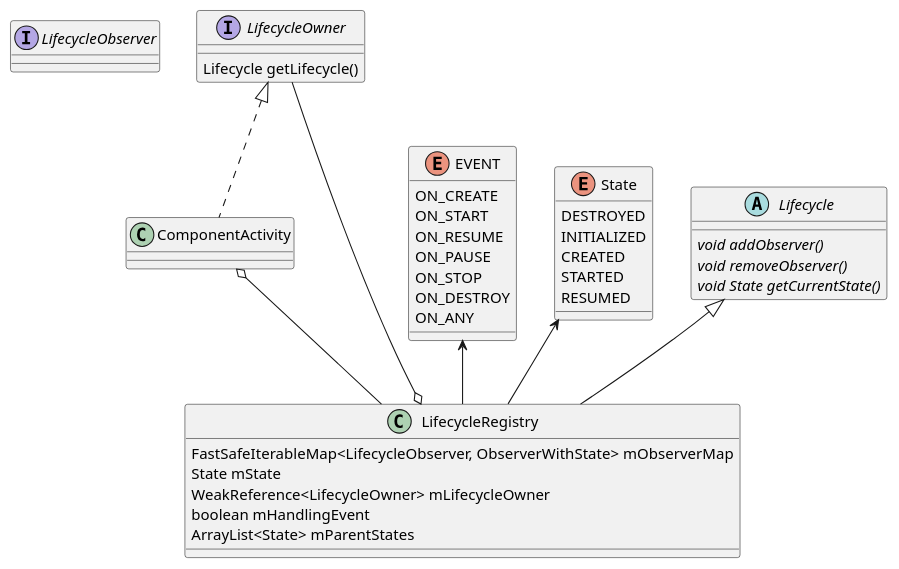
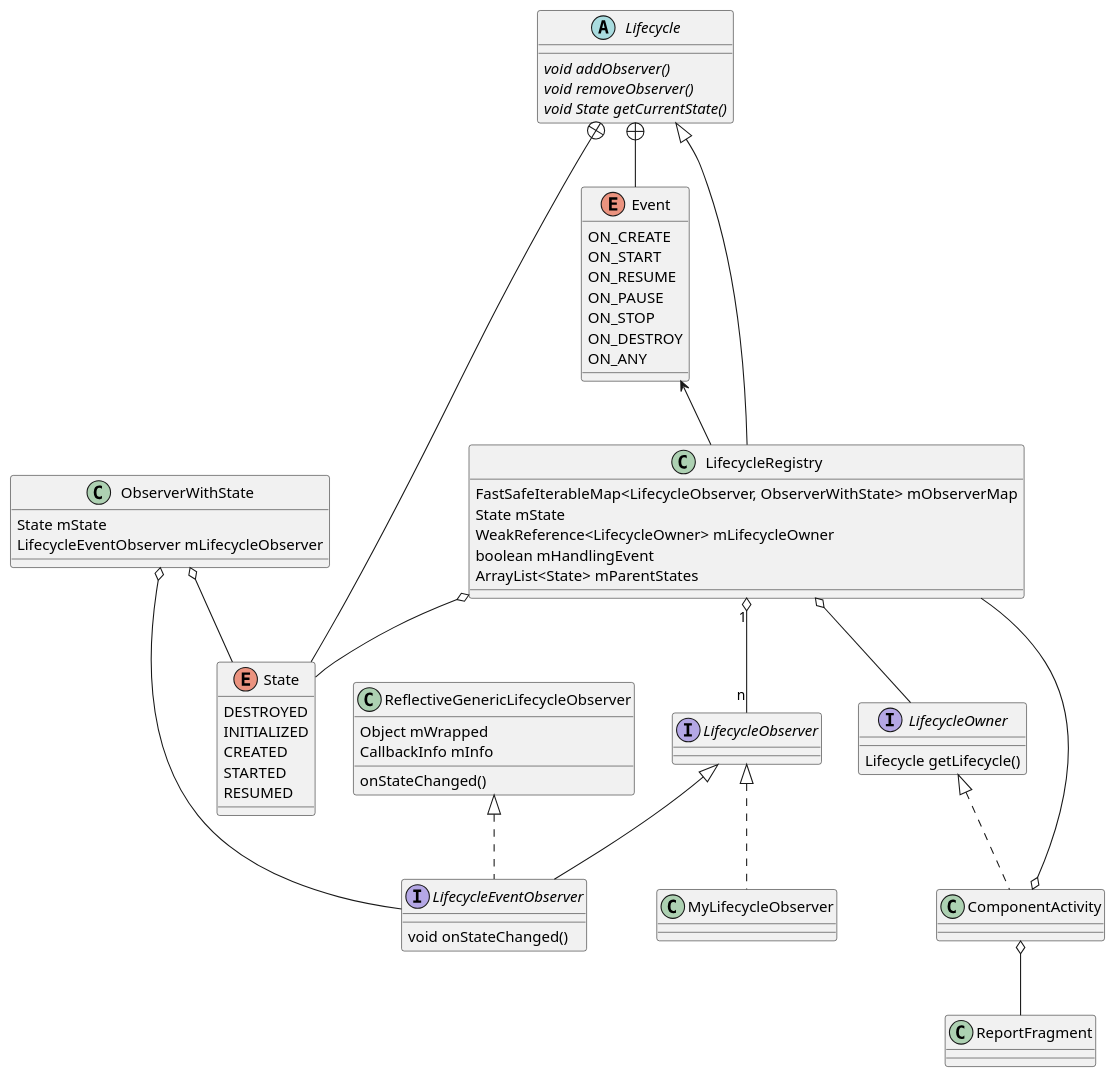
One commit to PJH0x0/aosp-analyze changed the diagram in androidx/lifecycle/jetpack-lifecycle-class.puml. Above: the diagram before and after it, drawn with PlantUML. The commit also changed 8 other files, not shown here.

```diff
--- a/androidx/lifecycle/jetpack-lifecycle-class.puml
+++ b/androidx/lifecycle/jetpack-lifecycle-class.puml
@@ -1,46 +1,69 @@
 @startuml
 interface LifecycleObserver
 interface LifecycleOwner {
     Lifecycle getLifecycle()
 }
-enum EVENT {
+interface LifecycleEventObserver {
+    void onStateChanged()
+}
+enum Event {
     ON_CREATE
     ON_START
     ON_RESUME
     ON_PAUSE
     ON_STOP
     ON_DESTROY
     ON_ANY
 }
 enum State {
     DESTROYED
     INITIALIZED
     CREATED
     STARTED
     RESUMED
 }
 abstract class Lifecycle {
     {abstract} void addObserver()
     {abstract} void removeObserver()
     {abstract} void State getCurrentState()
 }
 class LifecycleRegistry {
     FastSafeIterableMap<LifecycleObserver, ObserverWithState> mObserverMap
     State mState
     WeakReference<LifecycleOwner> mLifecycleOwner
     boolean mHandlingEvent
     ArrayList<State> mParentStates
 }
+class ObserverWithState {
+    State mState
+    LifecycleEventObserver mLifecycleObserver
+}
+class ReflectiveGenericLifecycleObserver {
+    Object mWrapped
+    CallbackInfo mInfo
+    onStateChanged()
+}
 
 class ComponentActivity
+class ReportFragment
+class MyLifecycleObserver
 
 Lifecycle <|-- LifecycleRegistry
 LifecycleRegistry o-- LifecycleOwner
+LifecycleObserver <|-- LifecycleEventObserver
+ReflectiveGenericLifecycleObserver <|.. LifecycleEventObserver
+ObserverWithState o-- State
+ObserverWithState o-- LifecycleEventObserver
 
-State <-- LifecycleRegistry
- EVENT <-- LifecycleRegistry
+Lifecycle +-- State
+Lifecycle +-- Event
+LifecycleRegistry o-- State 
+Event <-- LifecycleRegistry
 
 LifecycleOwner <|.. ComponentActivity
+ComponentActivity o-- ReportFragment
 ComponentActivity o-- LifecycleRegistry
+LifecycleObserver <|.. MyLifecycleObserver
+LifecycleRegistry "1" o-- "n" LifecycleObserver
 
 @enduml
```
